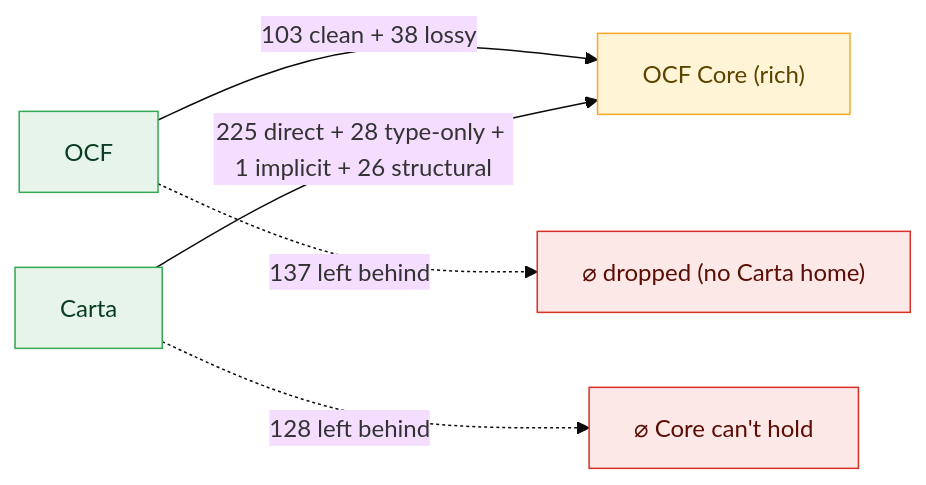
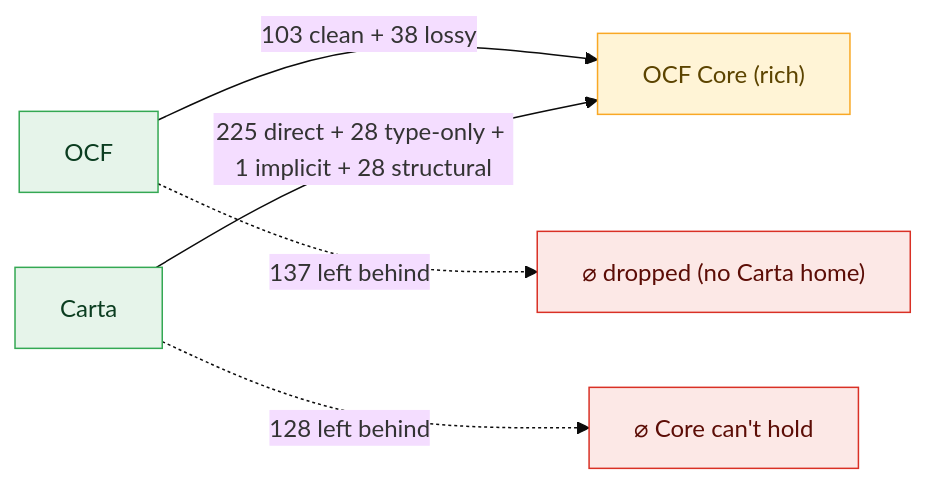
Before and after one commit to Open-Cap-Table-Coalition/OCF-Composed-Schemas: the first of 51 diagrams in docs/core-bidirectional-flow.md, drawn with Mermaid (base theme). The commit also changed other lines of this file and 12 other files, not shown here.

````diff
--- a/docs/core-bidirectional-flow.md
+++ b/docs/core-bidirectional-flow.md
@@ -11,12 +11,12 @@
 ```mermaid
 flowchart LR
   classDef core fill:#fff4d6,stroke:#f9a825,color:#5c4400;
   classDef in fill:#e6f4ea,stroke:#34a853,color:#0b3d20;
   classDef out fill:#fce8e6,stroke:#d93025,color:#5c0d06;
   classDef defer fill:#fff8e1,stroke:#f9a825,color:#5c4400,stroke-dasharray:4 3;
   OCF["OCF"]:::in -->|"103 clean + 38 lossy"| CORE
   OCF -.->|"137 left behind"| ocfvoid["⌀ dropped (no Carta home)"]:::out
   CORE["OCF Core (rich)"]:::core
-  Carta["Carta"]:::in -->|"225 direct + 28 type-only + 1 implicit + 26 structural"| CORE
+  Carta["Carta"]:::in -->|"225 direct + 28 type-only + 1 implicit + 28 structural"| CORE
   Carta -.->|"128 left behind"| cartavoid["⌀ Core can't hold"]:::out
 ```
````
